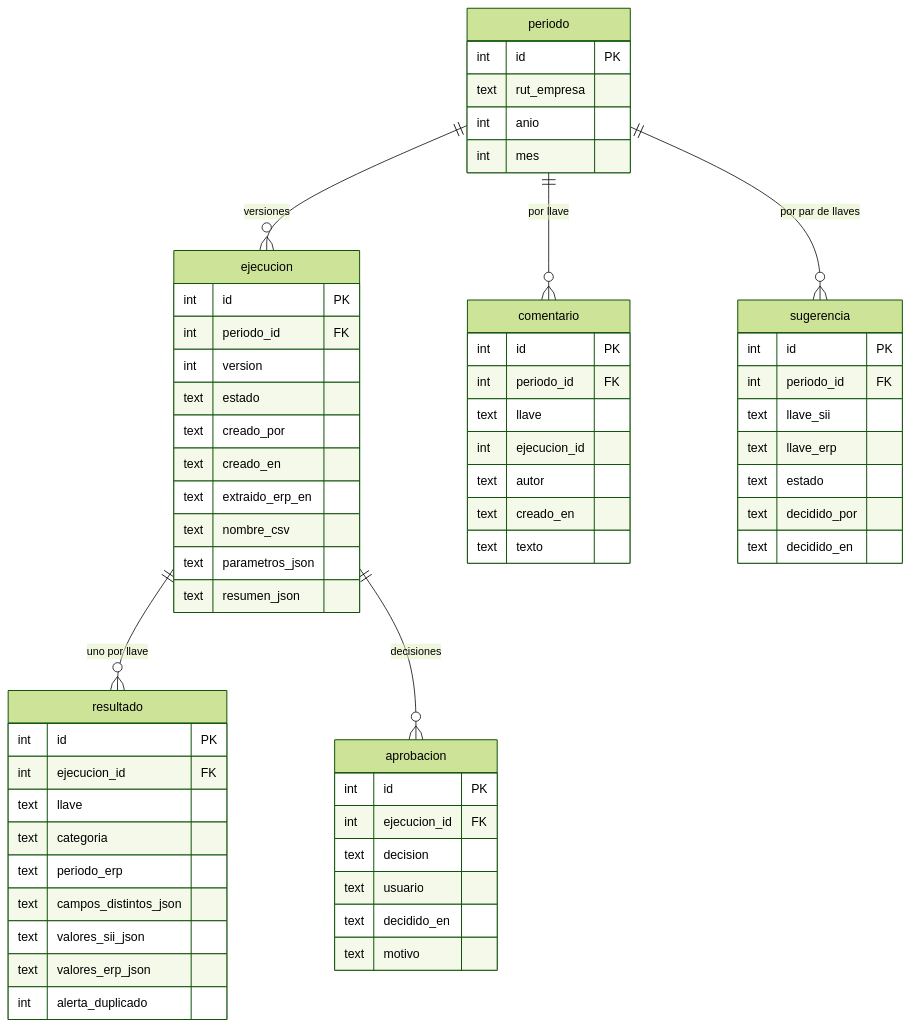
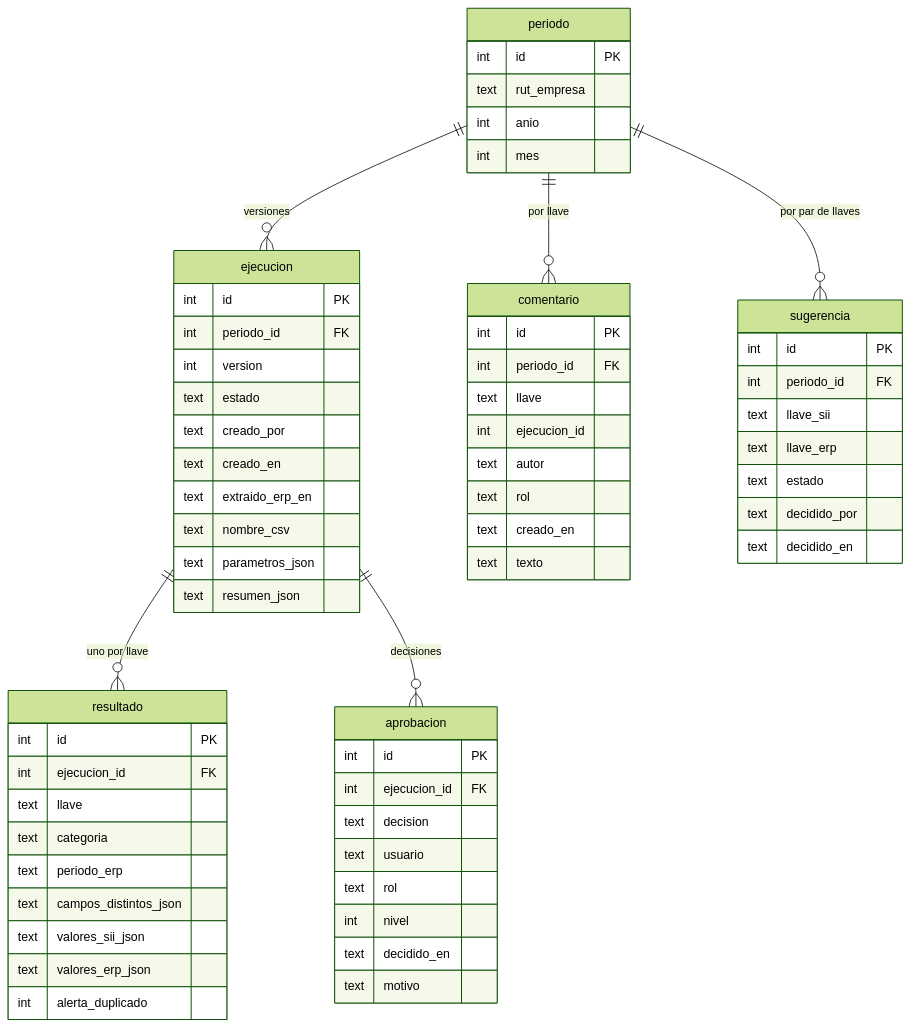
Before and after one commit to miguel-cortes-14/conciliasii: the second of 3 diagrams in docs/arquitectura.md, drawn with Mermaid (forest theme). The commit also changed other lines of this file and 4 other files, not shown here.

````diff
--- a/docs/arquitectura.md
+++ b/docs/arquitectura.md
@@ -227,63 +315,66 @@
 ```mermaid
 erDiagram
   periodo ||--o{ ejecucion : "versiones"
   periodo ||--o{ comentario : "por llave"
   periodo ||--o{ sugerencia : "por par de llaves"
   ejecucion ||--o{ resultado : "uno por llave"
   ejecucion ||--o{ aprobacion : "decisiones"
   periodo {
     int id PK
     text rut_empresa
     int anio
     int mes
   }
   ejecucion {
     int id PK
     int periodo_id FK
     int version
     text estado
     text creado_por
     text creado_en
     text extraido_erp_en
     text nombre_csv
     text parametros_json
     text resumen_json
   }
   resultado {
     int id PK
     int ejecucion_id FK
     text llave
     text categoria
     text periodo_erp
     text campos_distintos_json
     text valores_sii_json
     text valores_erp_json
     int alerta_duplicado
   }
   comentario {
     int id PK
     int periodo_id FK
     text llave
     int ejecucion_id
     text autor
+    text rol
     text creado_en
     text texto
   }
   aprobacion {
     int id PK
     int ejecucion_id FK
     text decision
     text usuario
+    text rol
+    int nivel
     text decidido_en
     text motivo
   }
   sugerencia {
     int id PK
     int periodo_id FK
     text llave_sii
     text llave_erp
     text estado
     text decidido_por
     text decidido_en
   }
 ```
````
